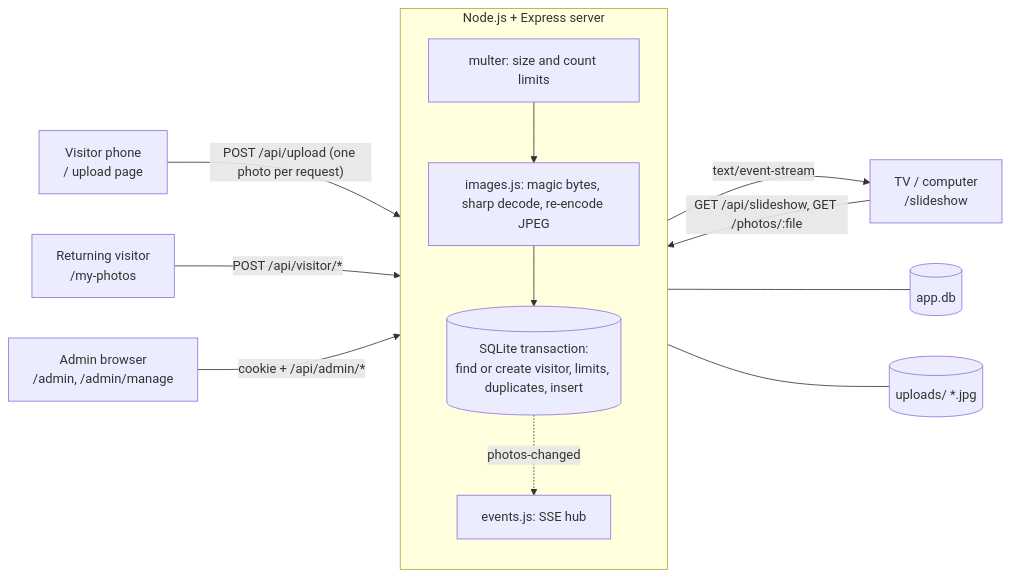
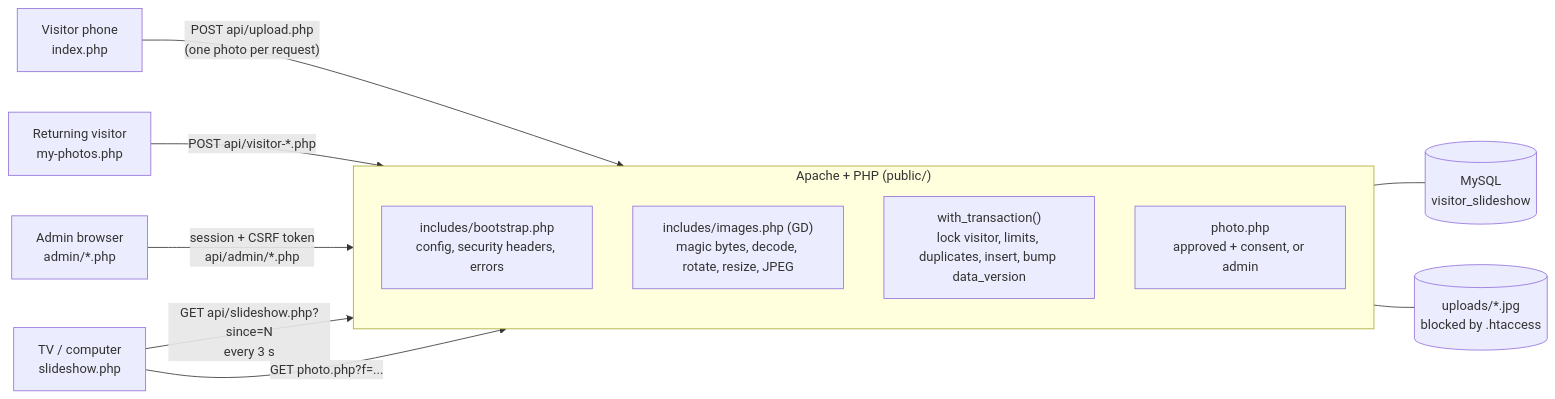
One commit to Nikunj-Yadav/visitor-slideshow changed the first of 3 diagrams in ARCHITECTURE.md. Above: the diagram before and after it, drawn with Mermaid. The commit also changed other lines of this file and 14 other files, not shown here.

Commit message:
docs: PHP/MySQL README (XAMPP guide), ASSUMPTIONS, ARCHITECTURE, AI_LOG part 2, genuine TEST_RESULTS

````diff
--- a/ARCHITECTURE.md
+++ b/ARCHITECTURE.md
@@ -9,17 +11,17 @@
 ```mermaid
 flowchart LR
-  V[Visitor phone<br/>/ upload page] -- "POST /api/upload (one photo per request)" --> S
-  R[Returning visitor<br/>/my-photos] -- "POST /api/visitor/*" --> S
-  A[Admin browser<br/>/admin, /admin/manage] -- "cookie + /api/admin/*" --> S
-  subgraph S[Node.js + Express server]
+  V["Visitor phone<br/>index.php"] -- "POST api/upload.php<br/>(one photo per request)" --> A
+  R["Returning visitor<br/>my-photos.php"] -- "POST api/visitor-*.php" --> A
+  AD["Admin browser<br/>admin/*.php"] -- "session + CSRF token<br/>api/admin/*.php" --> A
+  TV["TV / computer<br/>slideshow.php"] -- "GET api/slideshow.php?since=N<br/>every 3 s" --> A
+  TV -- "GET photo.php?f=..." --> A
+  subgraph A["Apache + PHP (public/)"]
     direction TB
-    M[multer: size and count limits] --> I[images.js: magic bytes, sharp decode, re-encode JPEG]
-    I --> T[(SQLite transaction:<br/>find or create visitor, limits, duplicates, insert)]
-    EV[events.js: SSE hub]
+    BS["includes/bootstrap.php<br/>config, security headers, errors"]
+    IMG["includes/images.php (GD)<br/>magic bytes, decode, rotate, resize, JPEG"]
+    TX["with_transaction()<br/>lock visitor, limits, duplicates, insert, bump data_version"]
+    PH["photo.php<br/>approved + consent, or admin"]
   end
-  S --- DB[(app.db)]
-  S --- FS[(uploads/ *.jpg)]
-  T -. "photos-changed" .-> EV
-  EV -- "text/event-stream" --> TV[TV / computer<br/>/slideshow]
-  TV -- "GET /api/slideshow, GET /photos/:file" --> S
+  A --- DB[("MySQL<br/>visitor_slideshow")]
+  A --- FS[("uploads/*.jpg<br/>blocked by .htaccess")]
 ```
````
